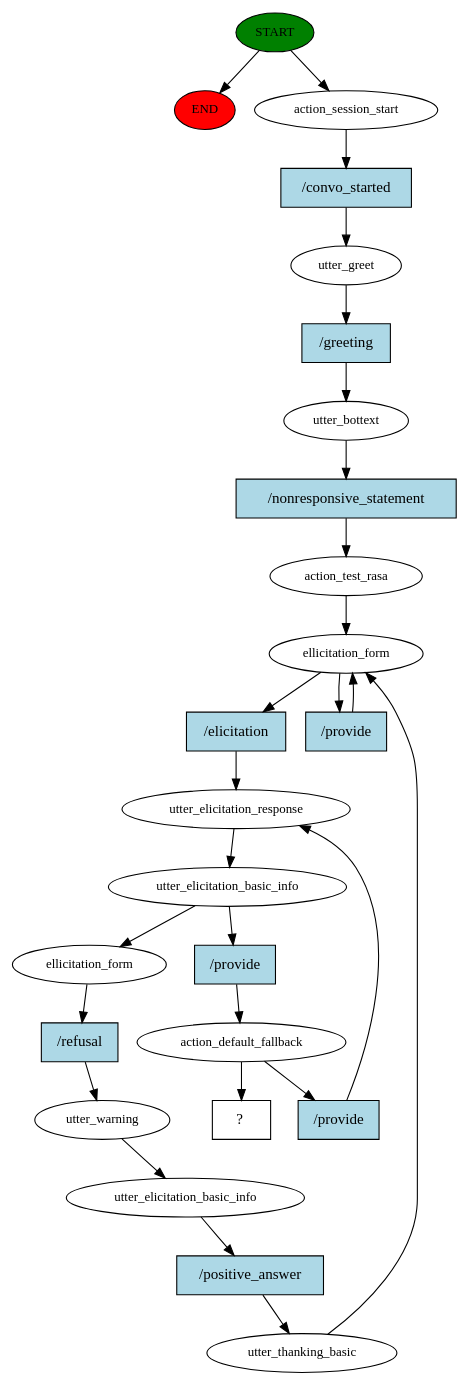
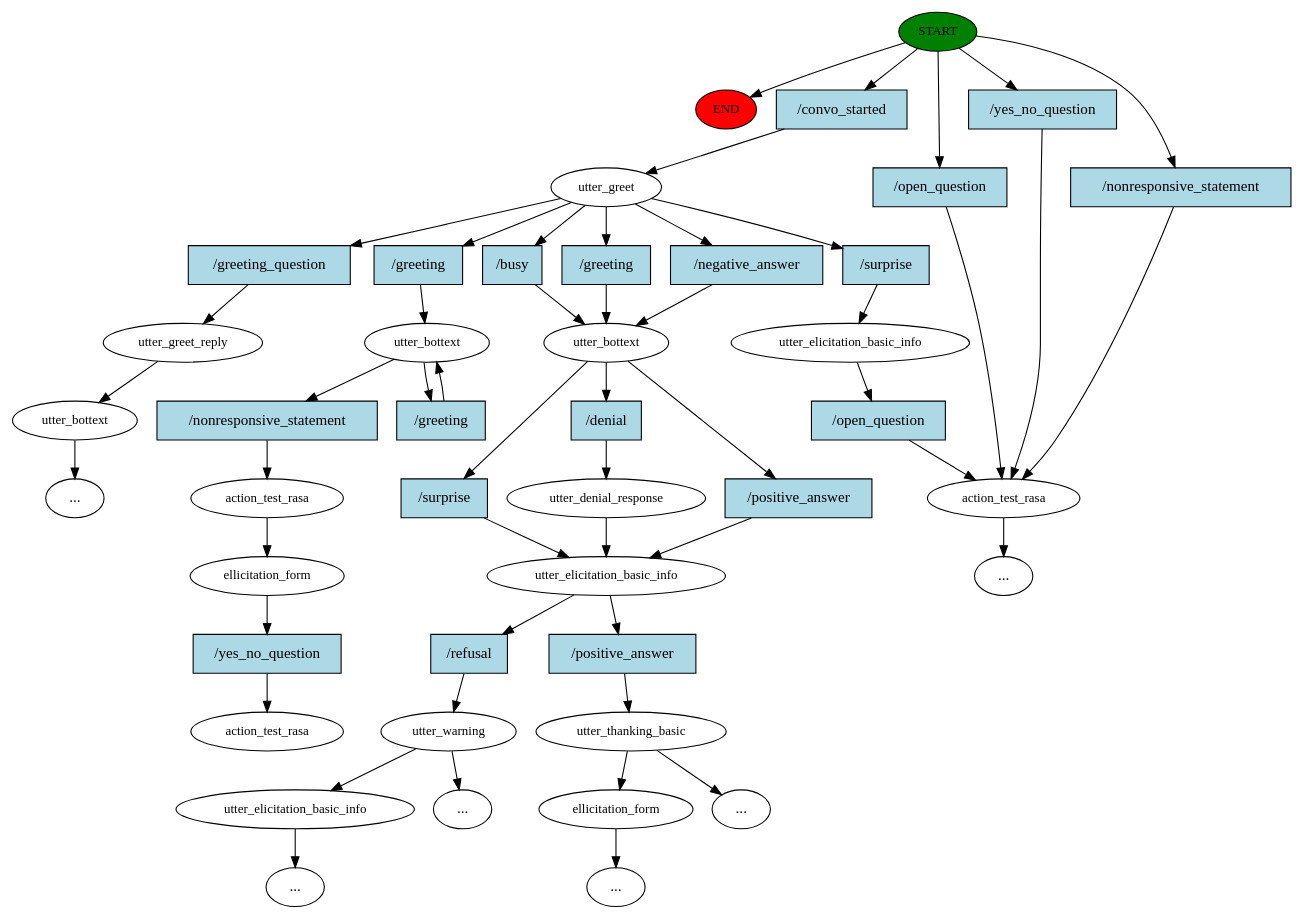
Before and after one commit to lbodapat/rasa_is: the diagram in story_graph.dot, drawn with Graphviz. The commit also changed 60 other files, not shown here.

```diff
--- a/story_graph.dot
+++ b/story_graph.dot
@@ -1,52 +1,95 @@
 digraph  {
 0 [class="start active", fillcolor=green, fontsize=12, label=START, style=filled];
 "-1" [class=end, fillcolor=red, fontsize=12, label=END, style=filled];
-1 [class=active, fontsize=12, label=action_session_start];
-2 [class=active, fontsize=12, label=utter_greet];
-3 [class=active, fontsize=12, label=utter_bottext];
-4 [class=active, fontsize=12, label=action_test_rasa];
-5 [class=active, fontsize=12, label=ellicitation_form];
-7 [class=active, fontsize=12, label=utter_elicitation_response];
-8 [class=active, fontsize=12, label=utter_elicitation_basic_info];
-9 [class=active, fontsize=12, label=ellicitation_form];
-10 [class=active, fontsize=12, label=utter_warning];
-11 [class=active, fontsize=12, label=utter_elicitation_basic_info];
-12 [class=active, fontsize=12, label=utter_thanking_basic];
-19 [class=active, fontsize=12, label=action_default_fallback];
-23 [class="intent dashed active", label="  ?  ", shape=rect];
-24 [class="intent active", fillcolor=lightblue, label="/convo_started", shape=rect, style=filled];
-25 [class="intent active", fillcolor=lightblue, label="/greeting", shape=rect, style=filled];
-26 [class="intent active", fillcolor=lightblue, label="/nonresponsive_statement", shape=rect, style=filled];
-27 [class="intent active", fillcolor=lightblue, label="/elicitation", shape=rect, style=filled];
-28 [class="intent active", fillcolor=lightblue, label="/provide", shape=rect, style=filled];
-29 [class="intent active", fillcolor=lightblue, label="/provide", shape=rect, style=filled];
-30 [class="intent active", fillcolor=lightblue, label="/refusal", shape=rect, style=filled];
-31 [class="intent active", fillcolor=lightblue, label="/positive_answer", shape=rect, style=filled];
-32 [class="intent active", fillcolor=lightblue, label="/provide", shape=rect, style=filled];
+1 [class=active, fontsize=12, label=utter_greet];
+2 [class="", fontsize=12, label=utter_bottext];
+3 [class="", fontsize=12, label=utter_elicitation_basic_info];
+4 [class="", fontsize=12, label=utter_thanking_basic];
+5 [class="", fontsize=12, label=ellicitation_form];
+44 [class="", fontsize=12, label=utter_warning];
+45 [class="", fontsize=12, label=utter_elicitation_basic_info];
+112 [class="", fontsize=12, label=utter_greet_reply];
+113 [class="", fontsize=12, label=utter_bottext];
+296 [class="", fontsize=12, label=utter_denial_response];
+359 [class="", fontsize=12, label=action_test_rasa];
+"-97" [class=ellipsis, label="..."];
+"-99" [class=ellipsis, label="..."];
+"-105" [class=ellipsis, label="..."];
+"-110" [class=ellipsis, label="..."];
+"-112" [class=ellipsis, label="..."];
+454 [class="", fontsize=12, label=utter_elicitation_basic_info];
+"-113" [class=ellipsis, label="..."];
+457 [class=active, fontsize=12, label=utter_bottext];
+462 [class=active, fontsize=12, label=action_test_rasa];
+463 [class=active, fontsize=12, label=ellicitation_form];
+464 [class="dashed active", fontsize=12, label=action_test_rasa];
+465 [class="intent active", fillcolor=lightblue, label="/convo_started", shape=rect, style=filled];
+466 [class=intent, fillcolor=lightblue, label="/nonresponsive_statement", shape=rect, style=filled];
+467 [class=intent, fillcolor=lightblue, label="/open_question", shape=rect, style=filled];
+468 [class=intent, fillcolor=lightblue, label="/yes_no_question", shape=rect, style=filled];
+469 [class=intent, fillcolor=lightblue, label="/greeting", shape=rect, style=filled];
+470 [class=intent, fillcolor=lightblue, label="/negative_answer", shape=rect, style=filled];
+471 [class=intent, fillcolor=lightblue, label="/busy", shape=rect, style=filled];
+472 [class=intent, fillcolor=lightblue, label="/greeting_question", shape=rect, style=filled];
+473 [class=intent, fillcolor=lightblue, label="/surprise", shape=rect, style=filled];
+474 [class="intent active", fillcolor=lightblue, label="/greeting", shape=rect, style=filled];
+475 [class=intent, fillcolor=lightblue, label="/positive_answer", shape=rect, style=filled];
+476 [class=intent, fillcolor=lightblue, label="/surprise", shape=rect, style=filled];
+477 [class=intent, fillcolor=lightblue, label="/denial", shape=rect, style=filled];
+478 [class=intent, fillcolor=lightblue, label="/positive_answer", shape=rect, style=filled];
+479 [class=intent, fillcolor=lightblue, label="/refusal", shape=rect, style=filled];
+480 [class=intent, fillcolor=lightblue, label="/open_question", shape=rect, style=filled];
+481 [class="intent active", fillcolor=lightblue, label="/greeting", shape=rect, style=filled];
+482 [class="intent active", fillcolor=lightblue, label="/nonresponsive_statement", shape=rect, style=filled];
+483 [class="intent active", fillcolor=lightblue, label="/yes_no_question", shape=rect, style=filled];
 0 -> "-1"  [class="", key=NONE, label=""];
-0 -> 1  [class=active, key=NONE, label=""];
-1 -> 24  [class=active, key=0];
-2 -> 25  [class=active, key=0];
-3 -> 26  [class=active, key=0];
-4 -> 5  [class=active, key=NONE, label=""];
-5 -> 27  [class=active, key=0];
-5 -> 28  [class=active, key=0];
-7 -> 8  [class=active, key=NONE, label=""];
-8 -> 9  [class=active, key=NONE, label=""];
-8 -> 29  [class=active, key=0];
-9 -> 30  [class=active, key=0];
-10 -> 11  [class=active, key=NONE, label=""];
-11 -> 31  [class=active, key=0];
-12 -> 5  [class=active, key=NONE, label=""];
-19 -> 23  [class=active, key=NONE, label=""];
-19 -> 32  [class=active, key=0];
-24 -> 2  [class=active, key=0];
-25 -> 3  [class=active, key=0];
-26 -> 4  [class=active, key=0];
-27 -> 7  [class=active, key=0];
-28 -> 5  [class=active, key=0];
-29 -> 19  [class=active, key=0];
-30 -> 10  [class=active, key=0];
-31 -> 12  [class=active, key=0];
-32 -> 7  [class=active, key=0];
+0 -> 465  [class=active, key=0];
+0 -> 466  [class="", key=0];
+0 -> 467  [class="", key=0];
+0 -> 468  [class="", key=0];
+1 -> 469  [class="", key=0];
+1 -> 470  [class="", key=0];
+1 -> 471  [class="", key=0];
+1 -> 472  [class="", key=0];
+1 -> 473  [class="", key=0];
+1 -> 474  [class=active, key=0];
+2 -> 475  [class="", key=0];
+2 -> 476  [class="", key=0];
+2 -> 477  [class="", key=0];
+3 -> 478  [class="", key=0];
+3 -> 479  [class="", key=0];
+4 -> 5  [class="", key=NONE, label=""];
+4 -> "-99"  [class="", key=NONE, label=""];
+5 -> "-110"  [class="", key=NONE, label=""];
+44 -> 45  [class="", key=NONE, label=""];
+44 -> "-105"  [class="", key=NONE, label=""];
+45 -> "-97"  [class="", key=NONE, label=""];
+112 -> 113  [class="", key=NONE, label=""];
+113 -> "-112"  [class="", key=NONE, label=""];
+296 -> 3  [class="", key=NONE, label=""];
+359 -> "-113"  [class="", key=NONE, label=""];
+454 -> 480  [class="", key=0];
+457 -> 481  [class=active, key=0];
+457 -> 482  [class=active, key=0];
+462 -> 463  [class=active, key=NONE, label=""];
+463 -> 483  [class=active, key=0];
+465 -> 1  [class=active, key=0];
+466 -> 359  [class="", key=0];
+467 -> 359  [class="", key=0];
+468 -> 359  [class="", key=0];
+469 -> 2  [class="", key=0];
+470 -> 2  [class="", key=0];
+471 -> 2  [class="", key=0];
+472 -> 112  [class="", key=0];
+473 -> 454  [class="", key=0];
+474 -> 457  [class=active, key=0];
+475 -> 3  [class="", key=0];
+476 -> 3  [class="", key=0];
+477 -> 296  [class="", key=0];
+478 -> 4  [class="", key=0];
+479 -> 44  [class="", key=0];
+480 -> 359  [class="", key=0];
+481 -> 457  [class=active, key=0];
+482 -> 462  [class=active, key=0];
+483 -> 464  [class=active, key=0];
 }
```
